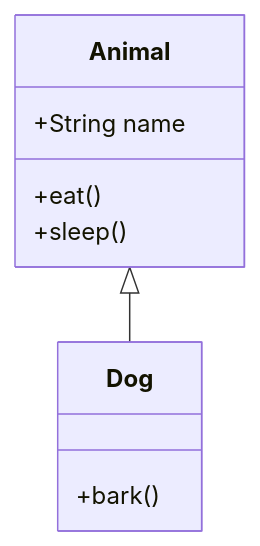
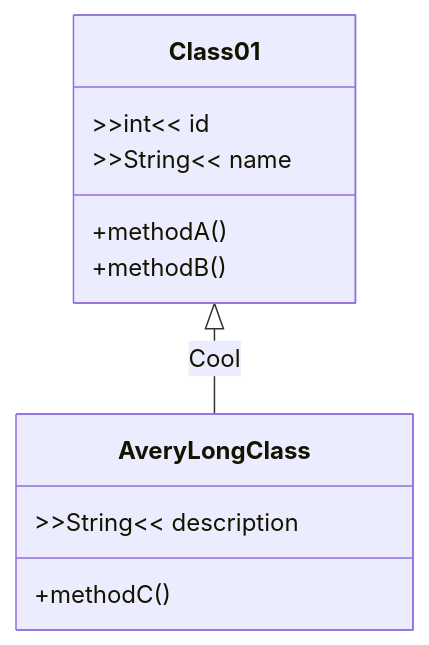
Before and after one commit to Jim-Johnson-Programmer/Copilot_Commands_And_Documents: the third of 4 diagrams in Copilot_Commands_And_Documents/code_investigation_commands/Mermaid_Diagram_Examples.md, drawn with Mermaid. The commit also changed other lines of this file, not shown here.

Commit message:
showing the types of mermaid diagrams that are available.

````diff
--- a/Copilot_Commands_And_Documents/code_investigation_commands/Mermaid_Diagram_Examples.md
+++ b/Copilot_Commands_And_Documents/code_investigation_commands/Mermaid_Diagram_Examples.md
@@ -418,12 +26,14 @@
 ```mermaid
 classDiagram
-    class Animal {
-        +String name
-        +eat()
-        +sleep()
+    Class01 <|-- AveryLongClass : Cool
+    class Class01 {
+      >>int<< id
+      >>String<< name
+      +methodA()
+      +methodB()
     }
-    class Dog {
-        +bark()
+    class AveryLongClass {
+      >>String<< description
+      +methodC()
     }
-    Animal <|-- Dog
 ```
````
